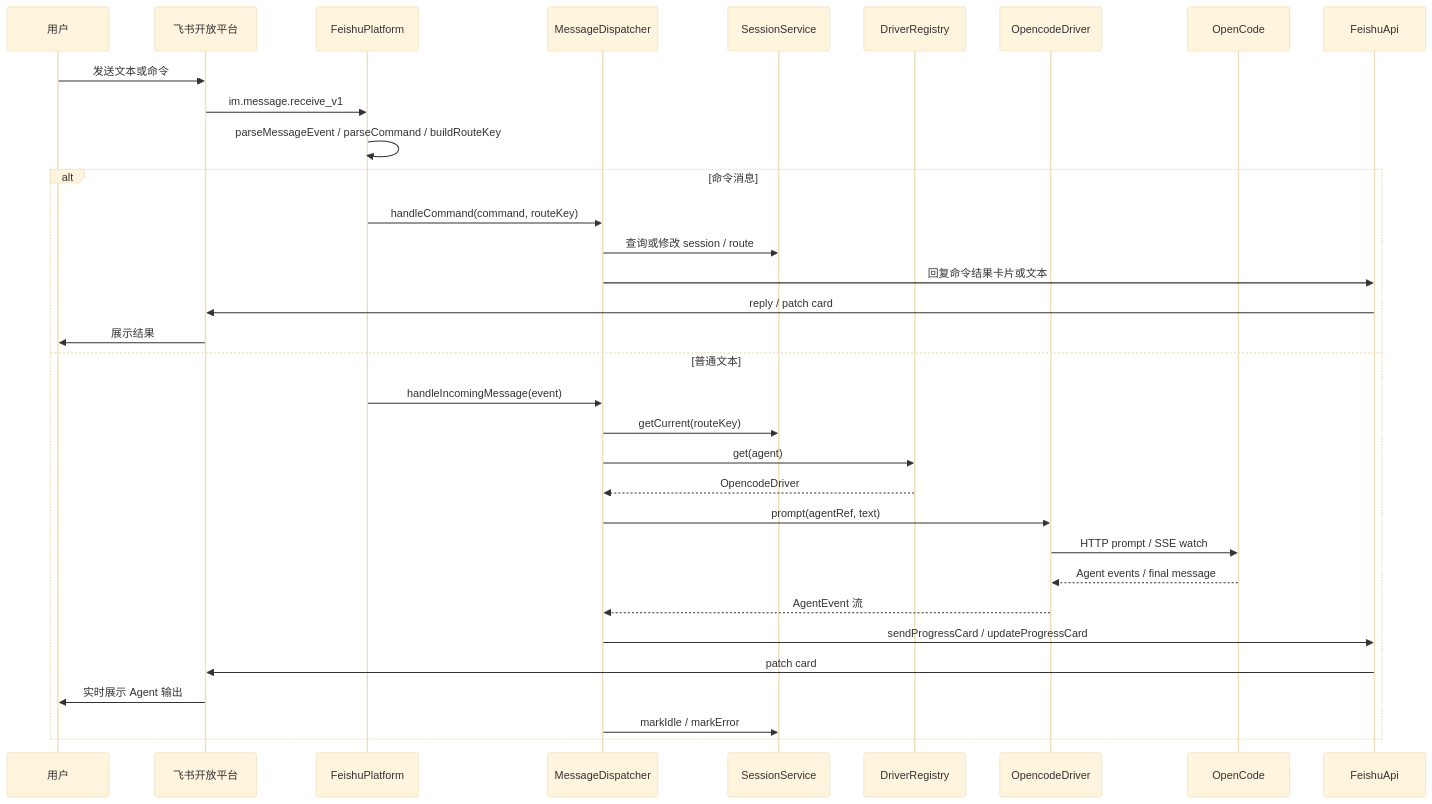
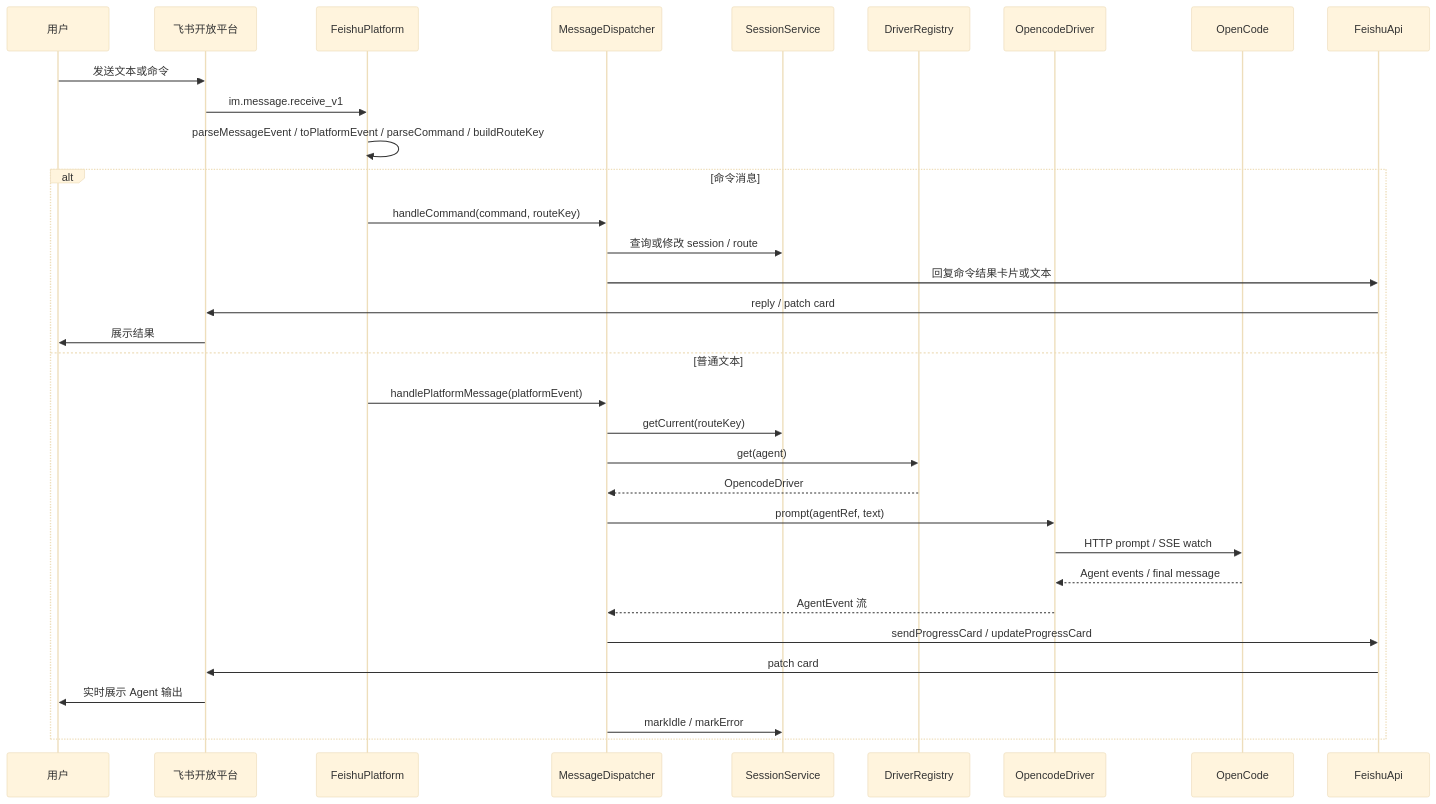
The fourth of 6 diagrams in README.md (xiqin/walker), drawn with Mermaid (base theme) before and after one commit. The commit also changed other lines of this file and 129 other files, not shown here.

````diff
--- a/README.md
+++ b/README.md
@@ -388,37 +521,37 @@
 ```mermaid
 sequenceDiagram
   participant U as 用户
   participant F as 飞书开放平台
   participant P as FeishuPlatform
   participant D as MessageDispatcher
   participant S as SessionService
   participant R as DriverRegistry
   participant O as OpencodeDriver
   participant OC as OpenCode
   participant API as FeishuApi
 
   U->>F: 发送文本或命令
   F->>P: im.message.receive_v1
-  P->>P: parseMessageEvent / parseCommand / buildRouteKey
+  P->>P: parseMessageEvent / toPlatformEvent / parseCommand / buildRouteKey
 
   alt 命令消息
     P->>D: handleCommand(command, routeKey)
     D->>S: 查询或修改 session / route
     D->>API: 回复命令结果卡片或文本
     API->>F: reply / patch card
     F->>U: 展示结果
   else 普通文本
-    P->>D: handleIncomingMessage(event)
+    P->>D: handlePlatformMessage(platformEvent)
     D->>S: getCurrent(routeKey)
     D->>R: get(agent)
     R-->>D: OpencodeDriver
     D->>O: prompt(agentRef, text)
     O->>OC: HTTP prompt / SSE watch
     OC-->>O: Agent events / final message
     O-->>D: AgentEvent 流
     D->>API: sendProgressCard / updateProgressCard
     API->>F: patch card
     F->>U: 实时展示 Agent 输出
     D->>S: markIdle / markError
   end
 ```
````
